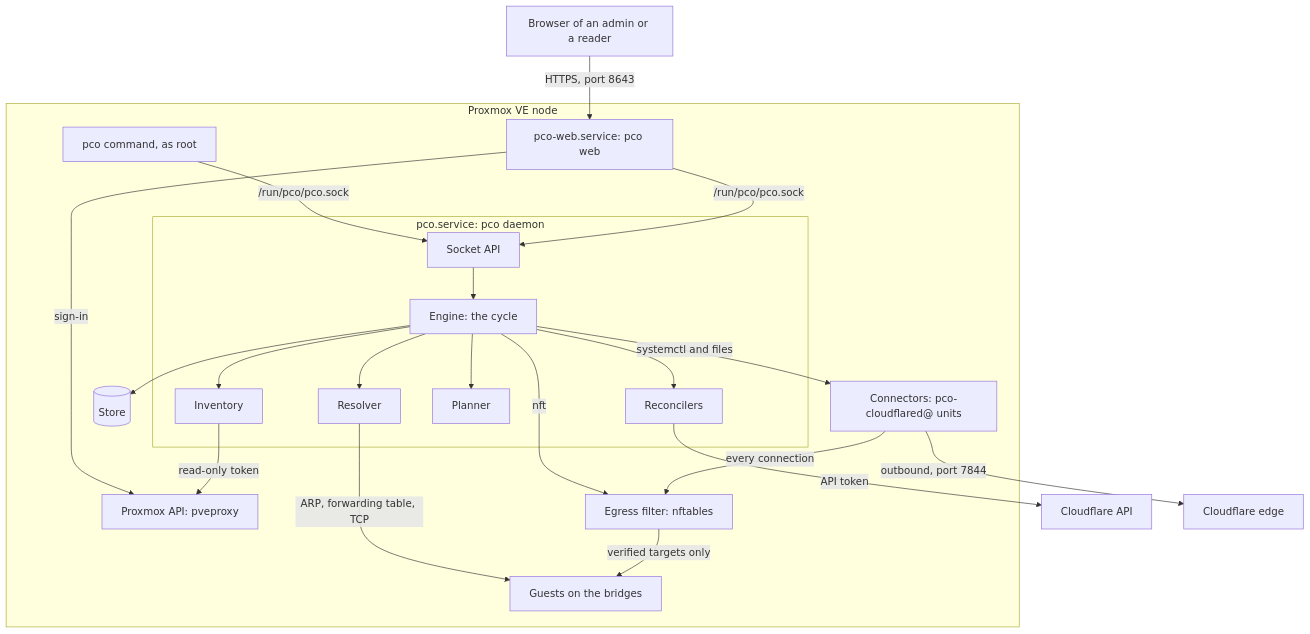
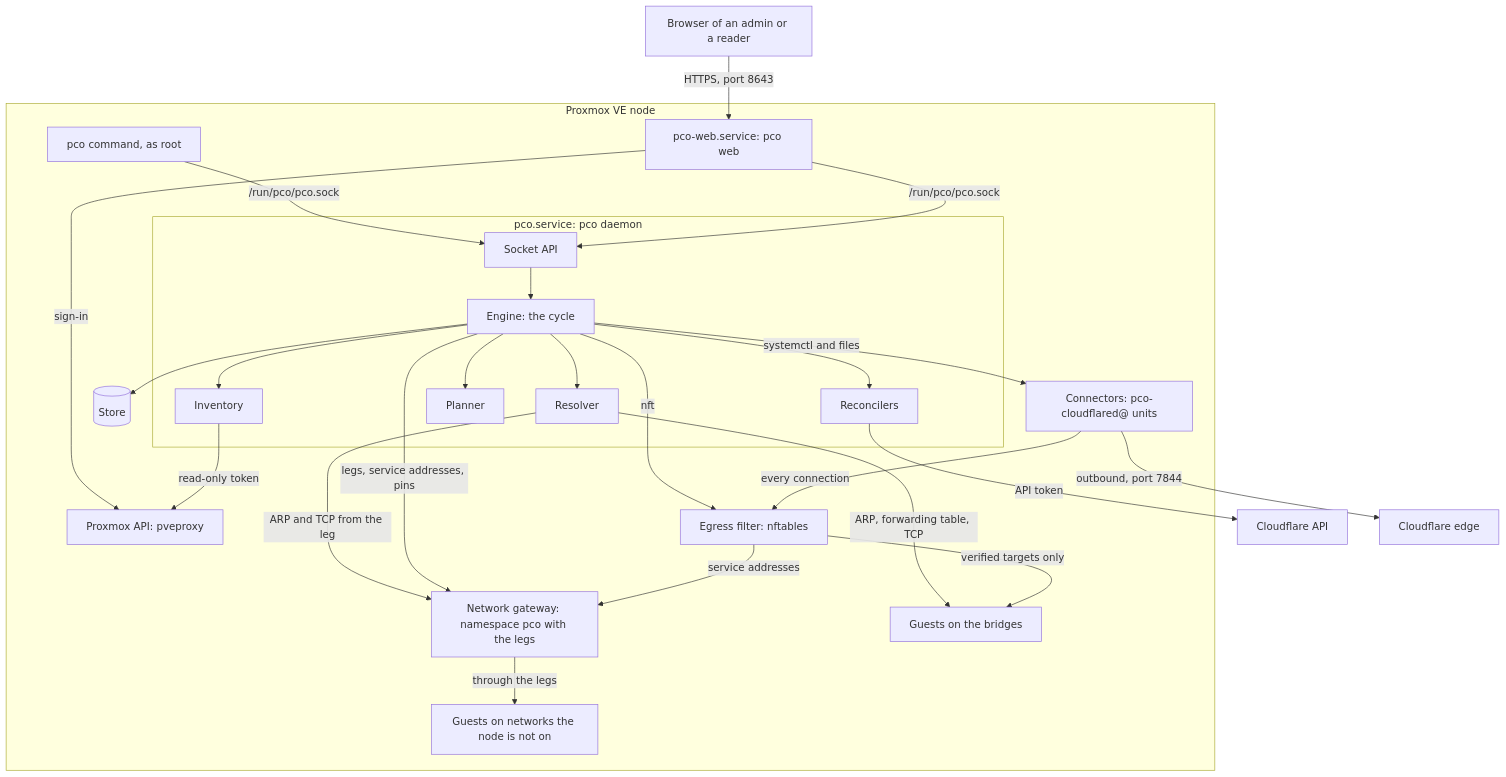
Before and after one commit to anaryk/proxmox-cloudflared-operator: the first of 5 diagrams in docs/architecture.md, drawn with Mermaid. The commit also changed other lines of this file and 5 other files, not shown here.

````diff
--- a/docs/architecture.md
+++ b/docs/architecture.md
@@ -19,41 +19,47 @@
 ```mermaid
 flowchart TB
     browser["Browser of an admin or a reader"]
     cfapi["Cloudflare API"]
     edge["Cloudflare edge"]
     subgraph node["Proxmox VE node"]
         cli["pco command, as root"]
         web["pco-web.service: pco web"]
         subgraph daemon["pco.service: pco daemon"]
             api["Socket API"]
             engine["Engine: the cycle"]
             inventory["Inventory"]
             resolver["Resolver"]
             planner["Planner"]
             reconcilers["Reconcilers"]
         end
         pveapi["Proxmox API: pveproxy"]
         store[("Store")]
         units["Connectors: pco-cloudflared@ units"]
         filter["Egress filter: nftables"]
+        gateway["Network gateway: namespace pco with the legs"]
         guests["Guests on the bridges"]
+        away["Guests on networks the node is not on"]
     end
     browser -->|"HTTPS, port 8643"| web
     web -->|"sign-in"| pveapi
     cli -->|"/run/pco/pco.sock"| api
     web -->|"/run/pco/pco.sock"| api
     api --> engine
     engine --> inventory
     engine --> resolver
     engine --> planner
     engine --> reconcilers
     engine --> store
     inventory -->|"read-only token"| pveapi
     resolver -->|"ARP, forwarding table, TCP"| guests
+    resolver -->|"ARP and TCP from the leg"| gateway
     reconcilers -->|"API token"| cfapi
     engine -->|"systemctl and files"| units
     engine -->|"nft"| filter
+    engine -->|"legs, service addresses, pins"| gateway
     units -->|"outbound, port 7844"| edge
     units -->|"every connection"| filter
     filter -->|"verified targets only"| guests
+    filter -->|"service addresses"| gateway
+    gateway -->|"through the legs"| away
 ```
````
